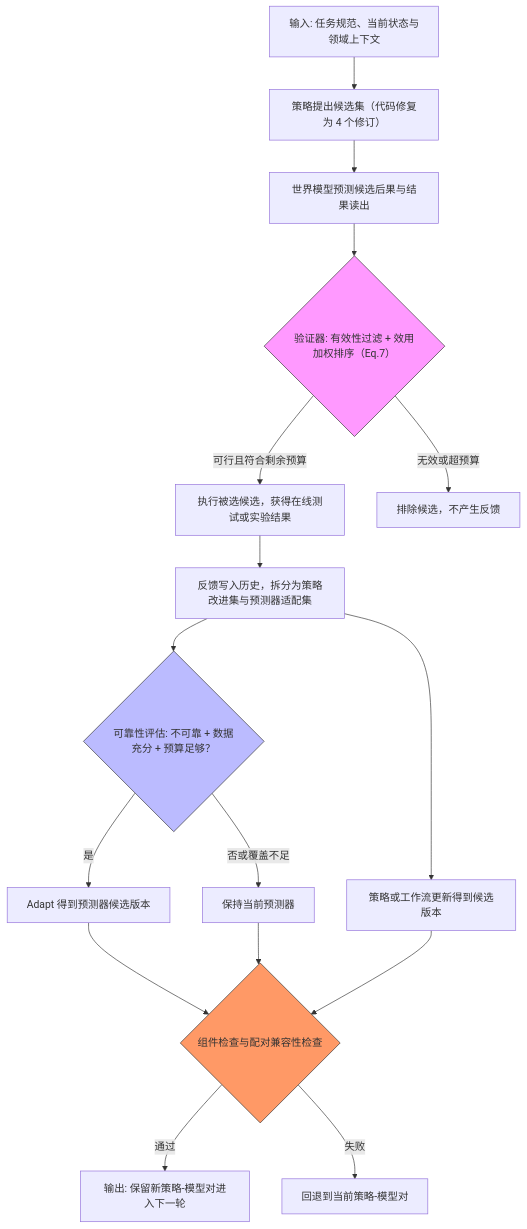
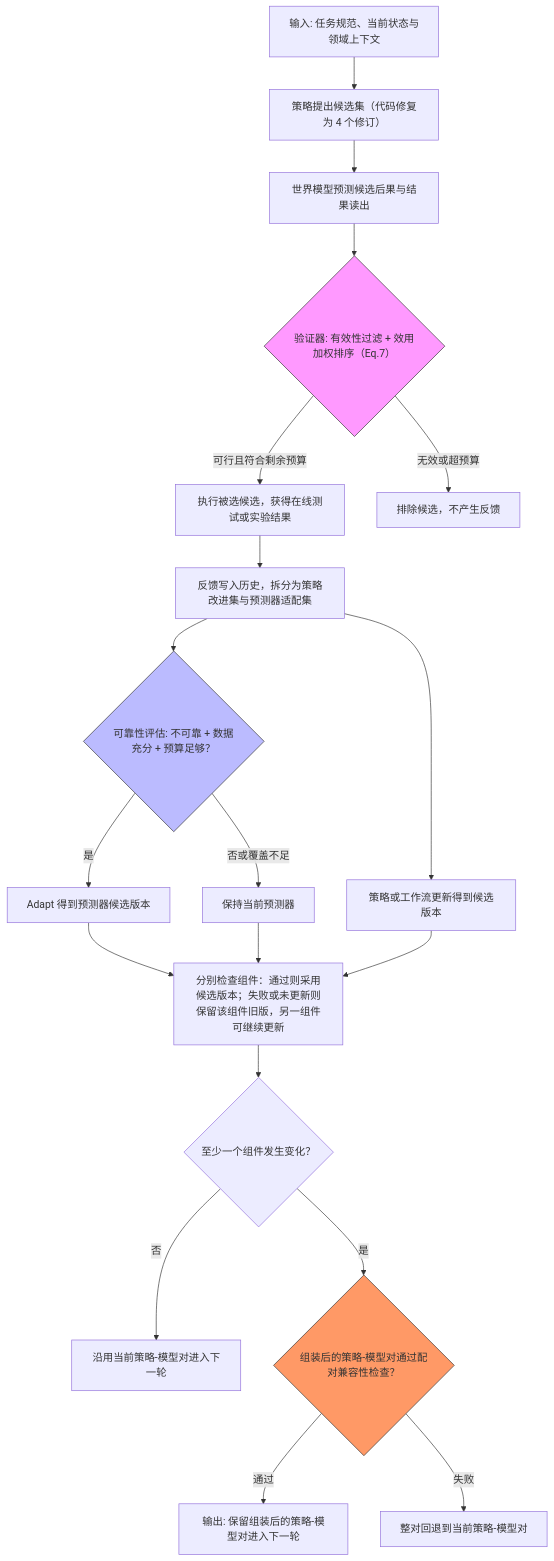
One commit to Haohaha-11/Paper-Reading-from-eason changed the diagram in topics/Uncategorized/[Arxiv] RSI-Anything- Unlocking Recursive Self-Improvement with World Models/README.md. Above: the diagram before and after it, drawn with Mermaid. The commit also changed other lines of this file and 1 other file, not shown here.

Commit message:
feat(read): AI 批读 topics/Uncategorized/[Arxiv] RSI-Anything- Unlocking Recursive Self-Improvement with World Models

````diff
--- a/topics/Uncategorized/[Arxiv] RSI-Anything- Unlocking Recursive Self-Improvement with World Models/README.md
+++ b/topics/Uncategorized/[Arxiv] RSI-Anything- Unlocking Recursive Self-Improvement with World Models/README.md
@@ -56,21 +56,24 @@
 ```mermaid
 flowchart TD
     A["输入: 任务规范、当前状态与领域上下文"] --> B["策略提出候选集（代码修复为 4 个修订）"]
     B --> C["世界模型预测候选后果与结果读出"]
     C --> D{"验证器: 有效性过滤 + 效用加权排序（Eq.7）"}
     D -->|"可行且符合剩余预算"| E["执行被选候选，获得在线测试或实验结果"]
     D -->|"无效或超预算"| F["排除候选，不产生反馈"]
     E --> G["反馈写入历史，拆分为策略改进集与预测器适配集"]
     G --> H{"可靠性评估: 不可靠 + 数据充分 + 预算足够？"}
     H -->|"是"| I["Adapt 得到预测器候选版本"]
     H -->|"否或覆盖不足"| J["保持当前预测器"]
     G --> K["策略或工作流更新得到候选版本"]
-    I --> L{"组件检查与配对兼容性检查"}
+    I --> L["分别检查组件：通过则采用候选版本；失败或未更新则保留该组件旧版，另一组件可继续更新"]
     J --> L
     K --> L
-    L -->|"通过"| M["输出: 保留新策略-模型对进入下一轮"]
-    L -->|"失败"| N["回退到当前策略-模型对"]
+    L --> P{"至少一个组件发生变化？"}
+    P -->|"否"| N["沿用当前策略-模型对进入下一轮"]
+    P -->|"是"| Q{"组装后的策略-模型对通过配对兼容性检查？"}
+    Q -->|"通过"| M["输出: 保留组装后的策略-模型对进入下一轮"]
+    Q -->|"失败"| R["整对回退到当前策略-模型对"]
     style D fill:#f9f,stroke:#333
     style H fill:#bbf,stroke:#333
-    style L fill:#f96,stroke:#333
+    style Q fill:#f96,stroke:#333
 ```
````
